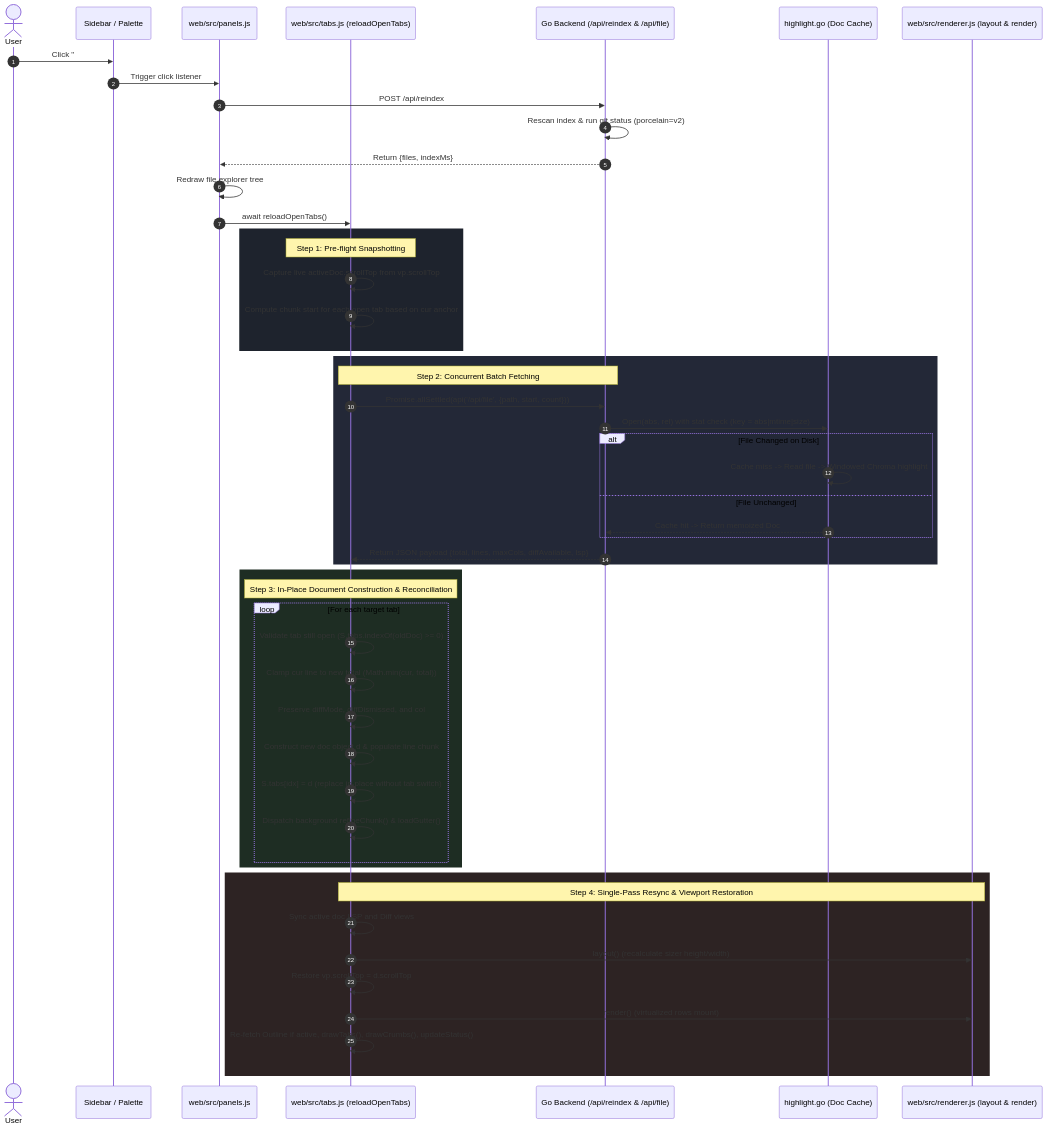
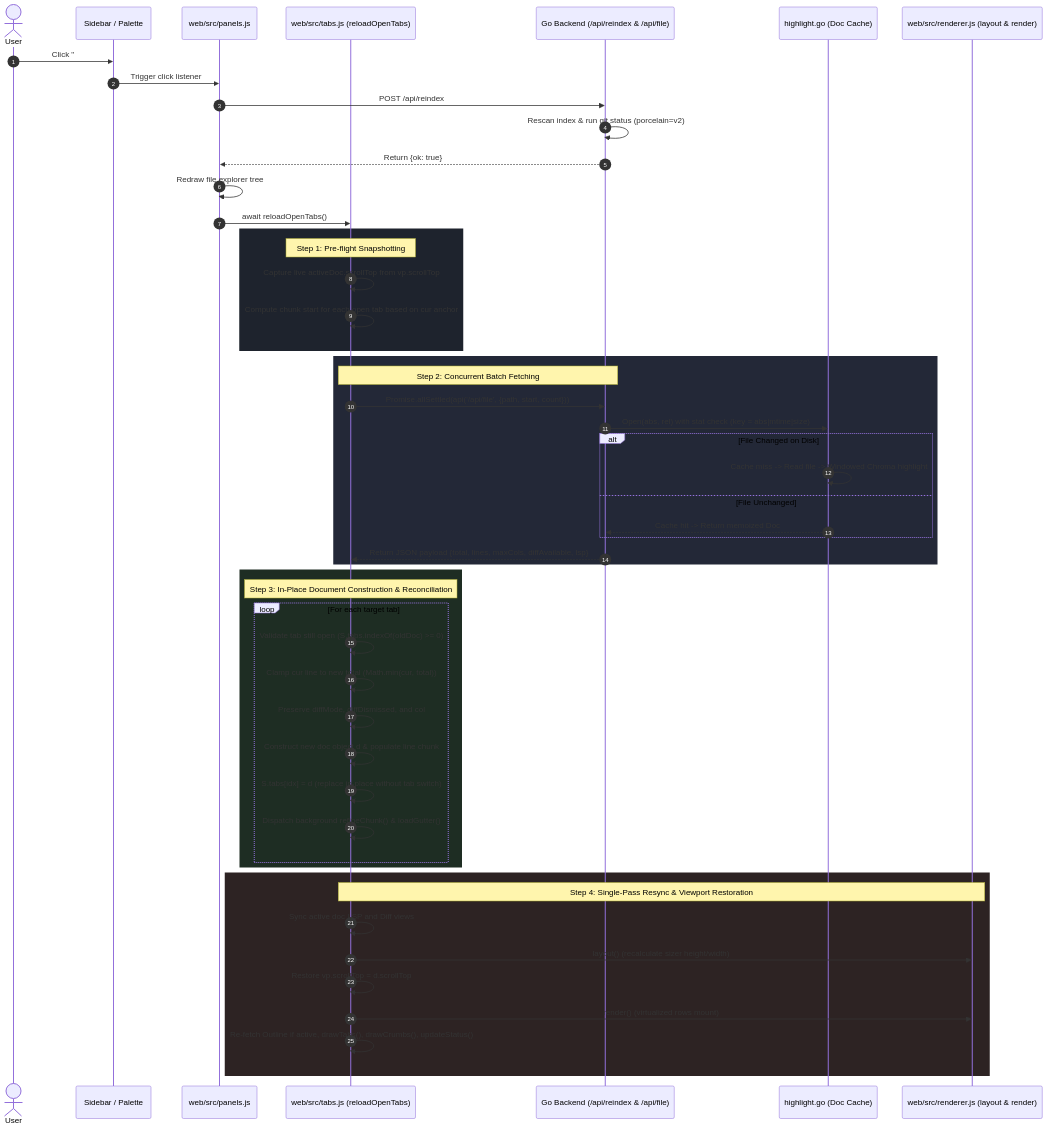
The diagram in docs/internals/file-reload-and-updates.md (kedarvartak/px1), drawn with Mermaid before and after one commit. The commit also changed 8 other files, not shown here.

````diff
--- a/docs/internals/file-reload-and-updates.md
+++ b/docs/internals/file-reload-and-updates.md
@@ -30,58 +30,58 @@
 ```mermaid
 sequenceDiagram
     autonumber
     actor User
     participant UI as Sidebar / Palette
     participant Panels as web/src/panels.js
     participant Tabs as web/src/tabs.js (reloadOpenTabs)
     participant Server as Go Backend (/api/reindex & /api/file)
     participant Cache as highlight.go (Doc Cache)
     participant Renderer as web/src/renderer.js (layout & render)
 
     User->>UI: Click "#btn-reindex" or run Palette command
     UI->>Panels: Trigger click listener
     Panels->>Server: POST /api/reindex
     Server->>Server: Rescan index & run git status (porcelain=v2)
-    Server-->>Panels: Return {files, indexMs}
+    Server-->>Panels: Return {ok: true}
     Panels->>Panels: Redraw file explorer tree
     Panels->>Tabs: await reloadOpenTabs()
 
     rect rgb(30, 35, 45)
         note over Tabs: Step 1: Pre-flight Snapshotting
         Tabs->>Tabs: Capture live activeDoc.scrollTop from vp.scrollTop
         Tabs->>Tabs: Compute chunk start for each open tab based on cur anchor
     end
 
     rect rgb(35, 40, 55)
         note over Tabs,Server: Step 2: Concurrent Batch Fetching
         Tabs->>Server: Promise.allSettled(api('/api/file', {path, start, count}))
         Server->>Cache: Open(abs, rel) with stat check (key = abs|mtime|size)
         alt File Changed on Disk
             Cache->>Cache: Cache miss -> Read file -> Windowed Chroma highlight
         else File Unchanged
             Cache-->>Server: Cache hit -> Return memoized Doc
         end
         Server-->>Tabs: Return JSON payload {total, lines, maxCols, diffAvailable, lsp}
     end
 
     rect rgb(30, 45, 35)
         note over Tabs: Step 3: In-Place Document Construction & Reconciliation
         loop For each target tab
             Tabs->>Tabs: Validate tab still open (S.tabs.indexOf(oldDoc) >= 0)
             Tabs->>Tabs: Clamp cur line to new total (Math.min(cur, total))
             Tabs->>Tabs: Preserve diffMode, diffDismissed, and col
             Tabs->>Tabs: Construct new doc object d & populate line chunk
             Tabs->>Tabs: S.tabs[idx] = d (replace in-place without tab switch)
             Tabs->>Tabs: Dispatch background refineChunk() & loadGutter()
         end
     end
 
     rect rgb(45, 35, 35)
         note over Tabs,Renderer: Step 4: Single-Pass Resync & Viewport Restoration
         Tabs->>Tabs: Sync active doc LSP and Diff views
         Tabs->>Renderer: layout() (recalculate sizer height/width)
         Tabs->>Tabs: Restore vp.scrollTop = d.scrollTop
         Tabs->>Renderer: render() (virtualized rows mount)
         Tabs->>Tabs: Re-fetch Outline if active, drawTabs(), drawCrumbs(), updateStatus()
     end
 ```
````
